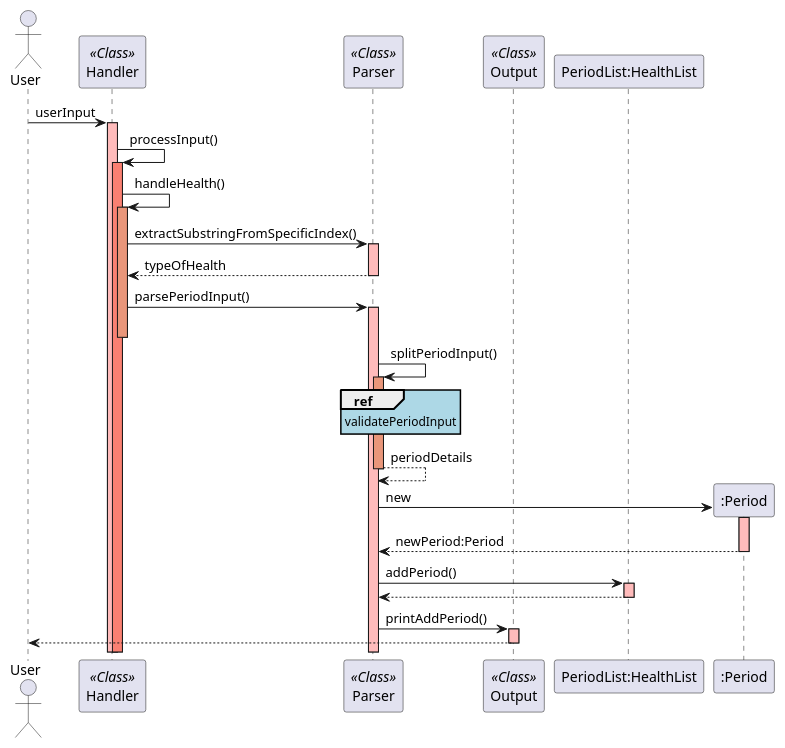
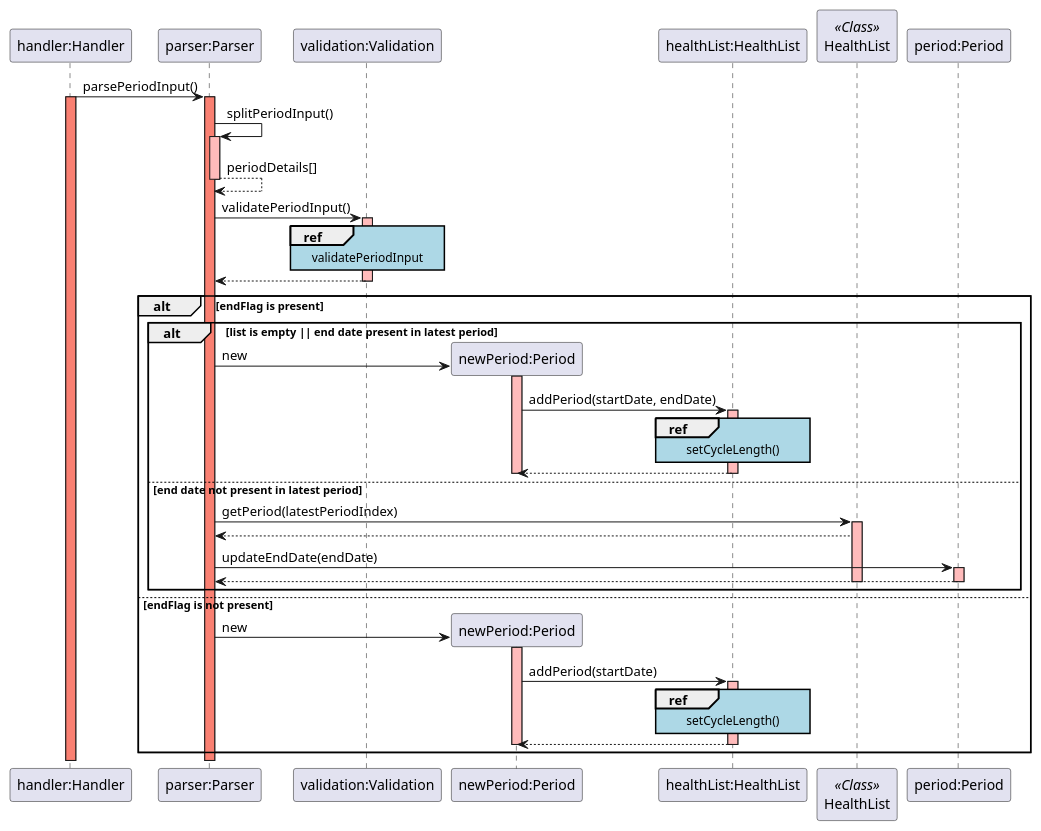
The diagram in docs/puml/sequence_diagrams/period_sequence.puml (rouvinerh/tp), drawn with PlantUML before and after one commit. The commit also changed 4 other files, not shown here.

```diff
--- a/docs/puml/sequence_diagrams/period_sequence.puml
+++ b/docs/puml/sequence_diagrams/period_sequence.puml
@@ -1,44 +1,61 @@
 @startuml
+
 skinparam sequenceReferenceBackgroundColor lightblue
-actor User
-participant Handler as Handler << Class >>
-participant Parser as Parser << Class >>
-participant Output as Output << Class >>
-participant "PeriodList:HealthList" as PeriodList
+participant "handler:Handler" as Handler
+participant "parser:Parser" as Parser
+participant "validation:Validation" as Validation
+participant "newPeriod:Period" as Period
+participant "healthList:HealthList" as HealthList
+participant HealthList as HealthList1 << Class >>
 
-User -> Handler: userInput
-activate Handler #FFBBBB
-Handler -> Handler : processInput()
-activate Handler #Salmon
-Handler -> Handler : handleHealth()
+Handler -> Parser: parsePeriodInput()
+activate Handler #salmon
+activate Parser #salmon
 
-activate Handler #DarkSalmon
-Handler -> Parser  : extractSubstringFromSpecificIndex()
-activate Parser  #FFBBBB
-Parser  --> Handler : typeOfHealth
-deactivate Parser  #FFBBBB
+Parser -> Parser: splitPeriodInput()
+activate Parser #FFBBBB
+Parser --> Parser: periodDetails[]
+deactivate Parser #FFBBBB
 
-Handler -> Parser : parsePeriodInput()
-activate Parser  #FFBBBB
-deactivate Handler #DarkSalmon
-Parser -> Parser : splitPeriodInput()
-ref over Parser: validatePeriodInput
+Parser -> Validation: validatePeriodInput()
+activate Validation #FFBBBB
+ref over Validation: validatePeriodInput
+Validation --> Parser:
+deactivate Validation
 
-activate Parser  #DarkSalmon
-Parser --> Parser : periodDetails
-deactivate Parser  #DarkSalmon
+alt endFlag is present
+    alt list is empty || end date present in latest period
+    Parser -> Period **: new
+    activate Period #FFBBBB
+    Period -> HealthList: addPeriod(startDate, endDate)
+    activate HealthList #FFBBBB
+ref over HealthList: setCycleLength()
+    HealthList --> Period:
+    deactivate HealthList #FFBBBB
+    deactivate Period #FFBBBB
 
-Parser -> ":Period" **: new
-activate ":Period" #FFBBBB
-":Period" --> Parser: newPeriod:Period
-deactivate ":Period" #FFBBBB
-Parser -> PeriodList : addPeriod()
-activate PeriodList  #FFBBBB
-PeriodList --> Parser :
-deactivate PeriodList  #FFBBBB
+    else end date not present in latest period
+    Parser -> HealthList1: getPeriod(latestPeriodIndex)
+    activate HealthList1 #FFBBBB
+    HealthList1 --> Parser:
+    Parser -> "period:Period": updateEndDate(endDate)
+    activate "period:Period" #FFBBBB
+    "period:Period" --> Parser:
+    deactivate HealthList1 #FFBBBB
+    deactivate "period:Period" #FFBBBB
+    end
 
-Parser -> Output : printAddPeriod()
-activate Output #FFBBBB
-Output --> User:
-deactivate Output #FFBBBB
+else endFlag is not present
+    Parser -> Period **: new
+    activate Period #FFBBBB
+    Period -> HealthList: addPeriod(startDate)
+ref over HealthList: setCycleLength()
+    activate HealthList #FFBBBB
+    HealthList --> Period:
+    deactivate HealthList #FFBBBB
+    deactivate Period #FFBBBB
+
+end
+
+
 @enduml
```
